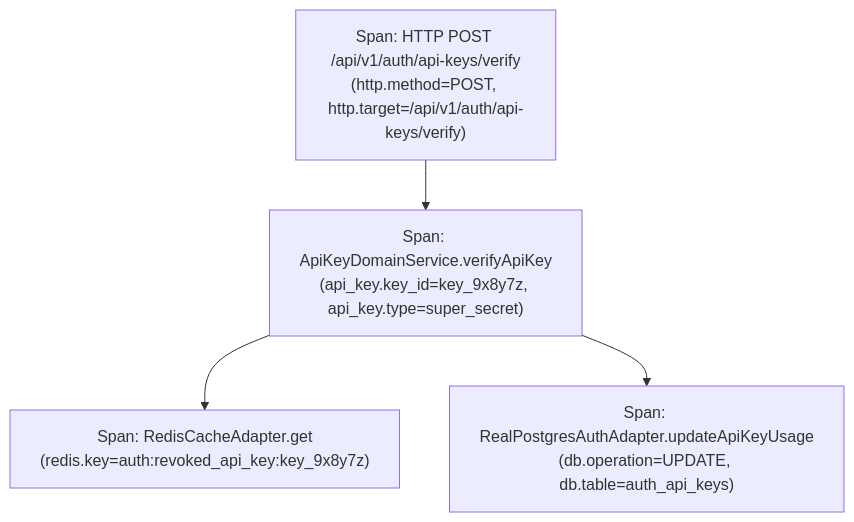
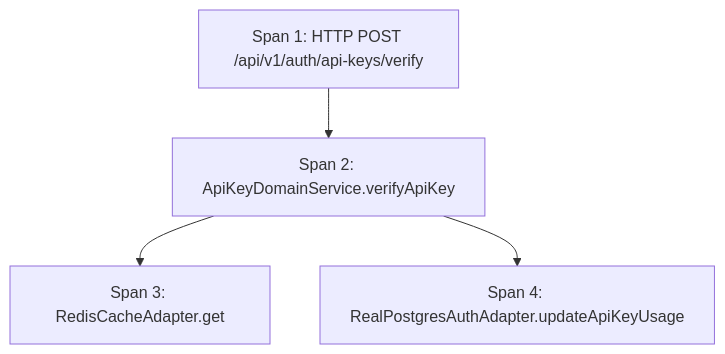
One commit to Chief-Strategist-J/auth changed diagram 12 of 12 in adr/0011-api-key-engine-ttl-revocation-and-transactional-mailer.md. Above: the diagram before and after it, drawn with Mermaid. The commit also changed other lines of this file, not shown here.

Commit message:
fix(docs): replace erDiagram with flowchart and remove all literal newline escapes

````diff
--- a/adr/0011-api-key-engine-ttl-revocation-and-transactional-mailer.md
+++ b/adr/0011-api-key-engine-ttl-revocation-and-transactional-mailer.md
@@ -677,11 +660,11 @@
 ```mermaid
 flowchart TD
-    Span1["Span: HTTP POST /api/v1/auth/api-keys/verify\n(http.method=POST, http.target=/api/v1/auth/api-keys/verify)"]
-    Span2["Span: ApiKeyDomainService.verifyApiKey\n(api_key.key_id=key_9x8y7z, api_key.type=super_secret)"]
-    Span3["Span: RedisCacheAdapter.get\n(redis.key=auth:revoked_api_key:key_9x8y7z)"]
-    Span4["Span: RealPostgresAuthAdapter.updateApiKeyUsage\n(db.operation=UPDATE, db.table=auth_api_keys)"]
+    Span1["Span 1: HTTP POST /api/v1/auth/api-keys/verify"]
+    Span2["Span 2: ApiKeyDomainService.verifyApiKey"]
+    Span3["Span 3: RedisCacheAdapter.get"]
+    Span4["Span 4: RealPostgresAuthAdapter.updateApiKeyUsage"]
 
     Span1 --> Span2
     Span2 --> Span3
     Span2 --> Span4
 ```
````
